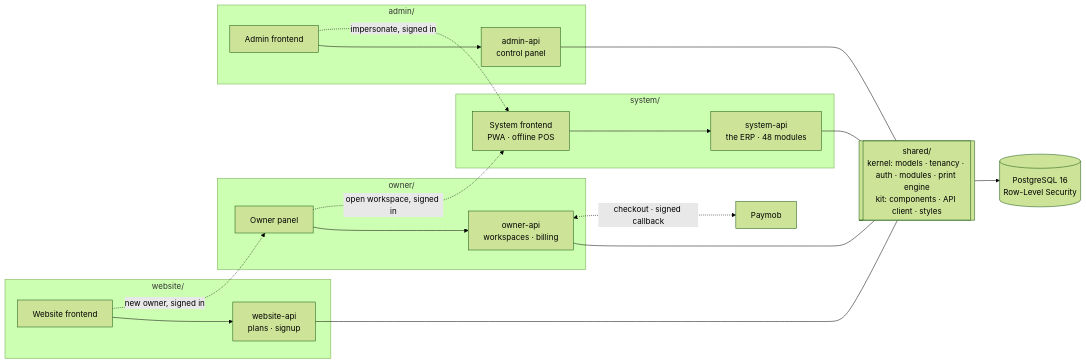
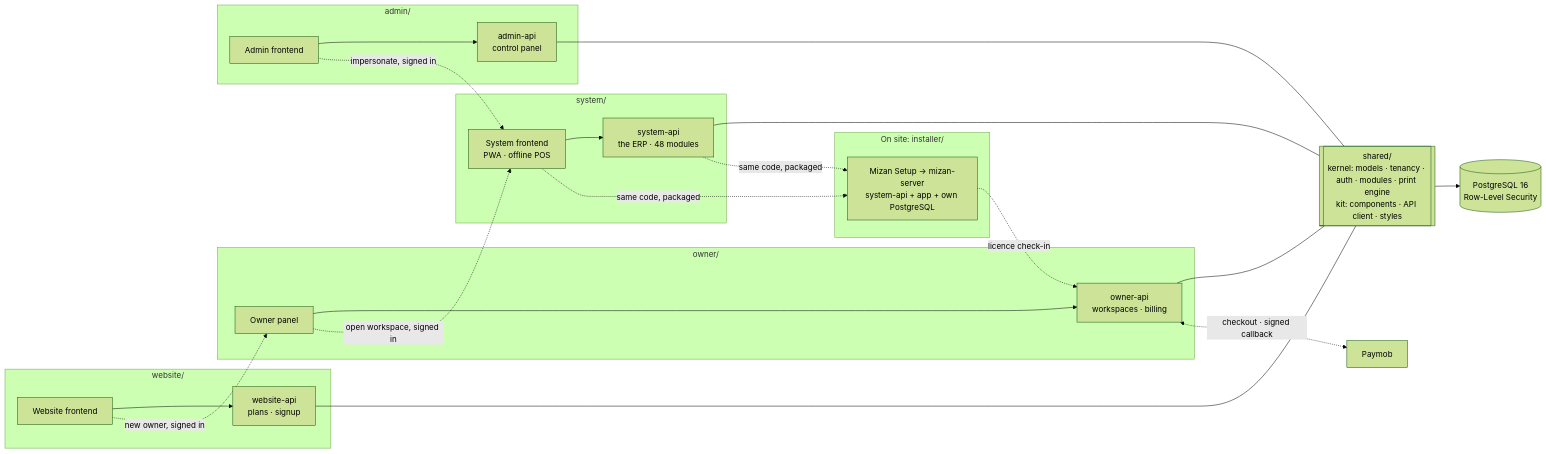
The diagram in README.md (Mizan-corp/Mizan), drawn with Mermaid (forest theme) before and after one commit. The commit also changed other lines of this file and 13 other files, not shown here.

````diff
--- a/README.md
+++ b/README.md
@@ -123,22 +123,27 @@
 ```mermaid
 flowchart LR
     subgraph website["website/"]
         WF[Website frontend] --> WA[website-api<br/>plans · signup]
     end
     subgraph system["system/"]
         SF[System frontend<br/>PWA · offline POS] --> SA[system-api<br/>the ERP · 48 modules]
     end
     subgraph owner["owner/"]
         OF[Owner panel] --> OA[owner-api<br/>workspaces · billing]
     end
     subgraph admin["admin/"]
         AF[Admin frontend] --> AA[admin-api<br/>control panel]
     end
     K[["shared/<br/>kernel: models · tenancy · auth · modules · print engine<br/>kit: components · API client · styles"]]
     WA & SA & OA & AA --- K
     K --> DB[(PostgreSQL 16<br/>Row-Level Security)]
     OA <-. "checkout · signed callback" .-> PM[Paymob]
     WF -. "new owner, signed in" .-> OF
     OF -. "open workspace, signed in" .-> SF
     AF -. "impersonate, signed in" .-> SF
+    subgraph onsite["On site: installer/"]
+        ON[Mizan Setup → mizan-server<br/>system-api + app + own PostgreSQL]
+    end
+    SA & SF -. "same code, packaged" .-> ON
+    ON -. "licence check-in" .-> OA
 ```
````
